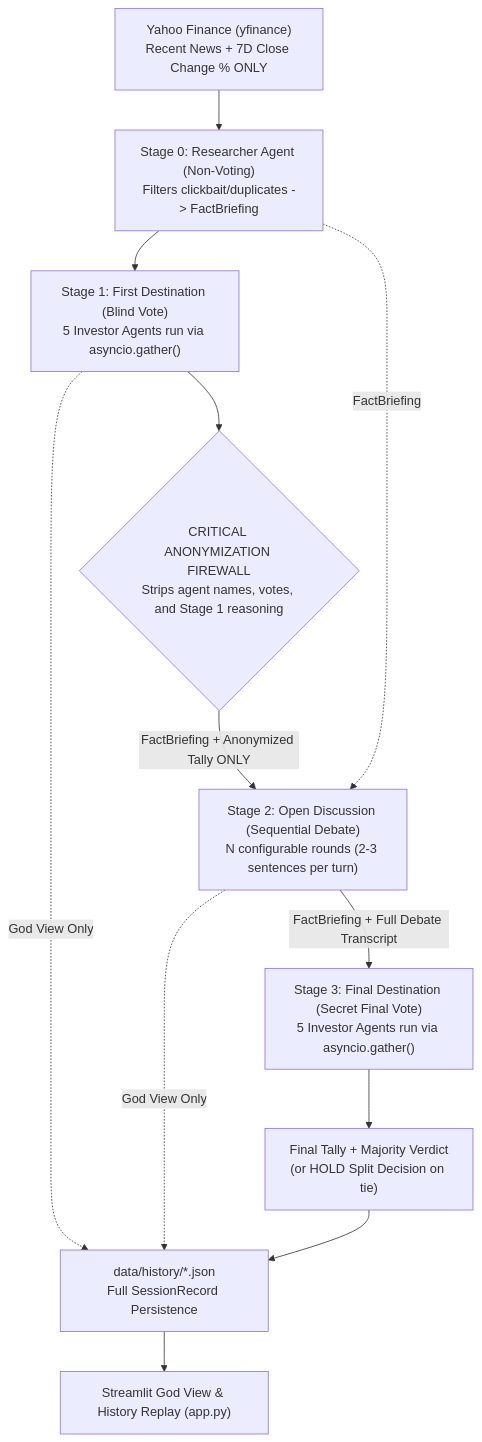
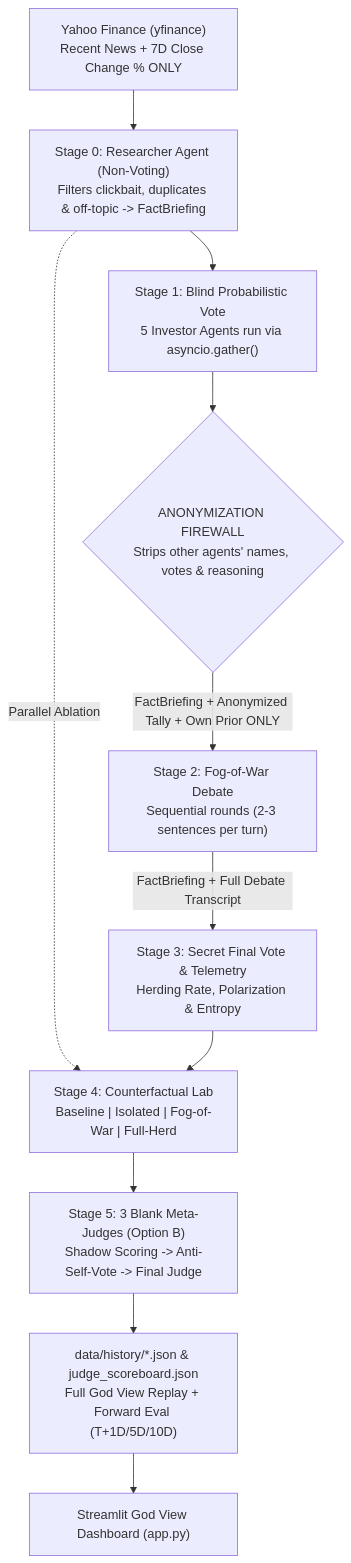
One commit to daniel01-bit/AI-stock-council-sim changed the diagram in README.md. Above: the diagram before and after it, drawn with Mermaid. The commit also changed other lines of this file and 2 other files, not shown here.

Commit message:
docs: align model names, fix .env snippet, rename root to AI-stock-council-sim, add v2.1 UI screenshots

````diff
--- a/README.md
+++ b/README.md
@@ -17,14 +27,13 @@
 ```mermaid
 flowchart TD
-    YF["Yahoo Finance (yfinance)\nRecent News + 7D Close Change % ONLY"] --> S0["Stage 0: Researcher Agent (Non-Voting)\nFilters clickbait/duplicates -> FactBriefing"]
-    S0 --> S1["Stage 1: First Destination (Blind Vote)\n5 Investor Agents run via asyncio.gather()"]
-    S1 --> FW{"CRITICAL ANONYMIZATION FIREWALL\nStrips agent names, votes, and Stage 1 reasoning"}
-    FW -->|"FactBriefing + Anonymized Tally ONLY"| S2["Stage 2: Open Discussion (Sequential Debate)\nN configurable rounds (2-3 sentences per turn)"]
-    S0 -.->|"FactBriefing"| S2
-    S2 -->|"FactBriefing + Full Debate Transcript"| S3["Stage 3: Final Destination (Secret Final Vote)\n5 Investor Agents run via asyncio.gather()"]
-    S3 --> VERDICT["Final Tally + Majority Verdict\n(or HOLD Split Decision on tie)"]
-    S1 -.->|"God View Only"| STORE["data/history/*.json\nFull SessionRecord Persistence"]
-    S2 -.->|"God View Only"| STORE
-    VERDICT --> STORE
-    STORE --> UI["Streamlit God View & History Replay (app.py)"]
+    YF["Yahoo Finance (yfinance)<br/>Recent News + 7D Close Change % ONLY"] --> S0["Stage 0: Researcher Agent (Non-Voting)<br/>Filters clickbait, duplicates & off-topic -> FactBriefing"]
+    S0 --> S1["Stage 1: Blind Probabilistic Vote<br/>5 Investor Agents run via asyncio.gather()"]
+    S1 --> FW{"ANONYMIZATION FIREWALL<br/>Strips other agents' names, votes & reasoning"}
+    FW -->|"FactBriefing + Anonymized Tally + Own Prior ONLY"| S2["Stage 2: Fog-of-War Debate<br/>Sequential rounds (2-3 sentences per turn)"]
+    S2 -->|"FactBriefing + Full Debate Transcript"| S3["Stage 3: Secret Final Vote & Telemetry<br/>Herding Rate, Polarization & Entropy"]
+    S0 -.->|"Parallel Ablation"| LAB["Stage 4: Counterfactual Lab<br/>Baseline | Isolated | Fog-of-War | Full-Herd"]
+    S3 --> LAB
+    LAB --> MJ["Stage 5: 3 Blank Meta-Judges (Option B)<br/>Shadow Scoring -> Anti-Self-Vote -> Final Judge"]
+    MJ --> STORE["data/history/*.json & judge_scoreboard.json<br/>Full God View Replay + Forward Eval (T+1D/5D/10D)"]
+    STORE --> UI["Streamlit God View Dashboard (app.py)"]
 ```
````
